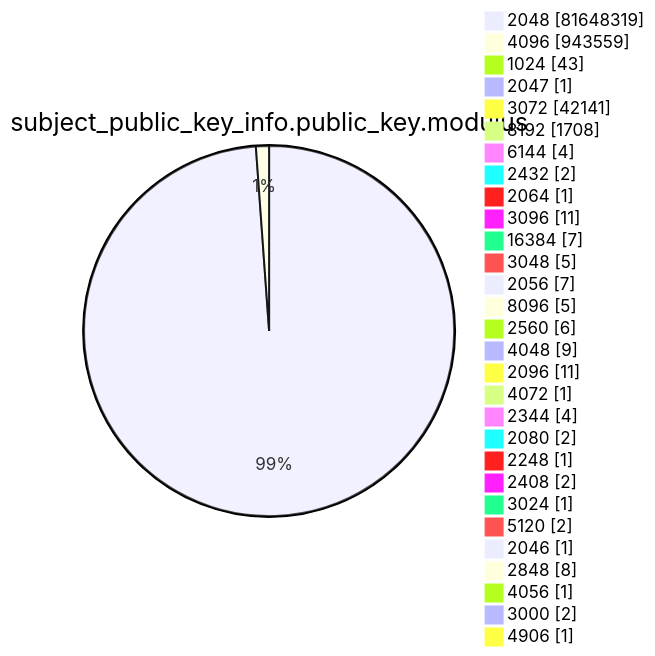
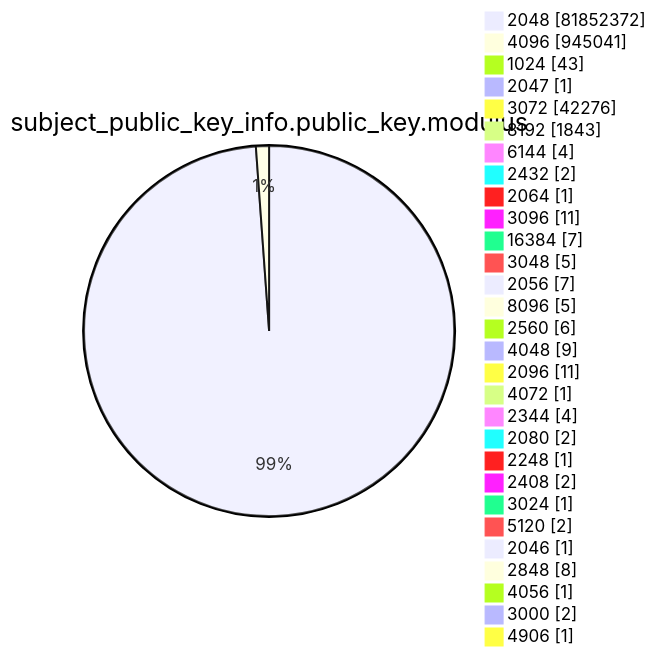
Diagram 13 of 15 in argon2023/README.md (christiankrug/ctmonitor_visualization), drawn with Mermaid before and after one commit. The commit also changed other lines of this file, not shown here.

````diff
--- a/argon2023/README.md
+++ b/argon2023/README.md
@@ -2715,33 +2724,33 @@
 ```mermaid
 pie showData
 title subject_public_key_info.public_key.modulus
-"2048" :81648319
-"4096" :943559
+"2048" :81852372
+"4096" :945041
 "1024" :43
 "2047" :1
-"3072" :42141
-"8192" :1708
+"3072" :42276
+"8192" :1843
 "6144" :4
 "2432" :2
 "2064" :1
 "3096" :11
 "16384" :7
 "3048" :5
 "2056" :7
 "8096" :5
 "2560" :6
 "4048" :9
 "2096" :11
 "4072" :1
 "2344" :4
 "2080" :2
 "2248" :1
 "2408" :2
 "3024" :1
 "5120" :2
 "2046" :1
 "2848" :8
 "4056" :1
 "3000" :2
 "4906" :1
 ```
````
